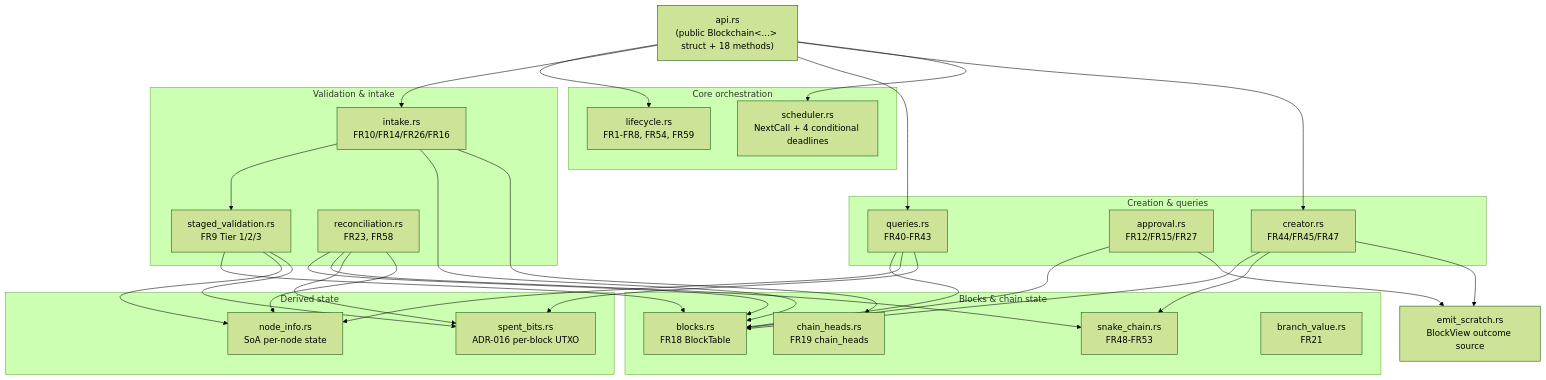
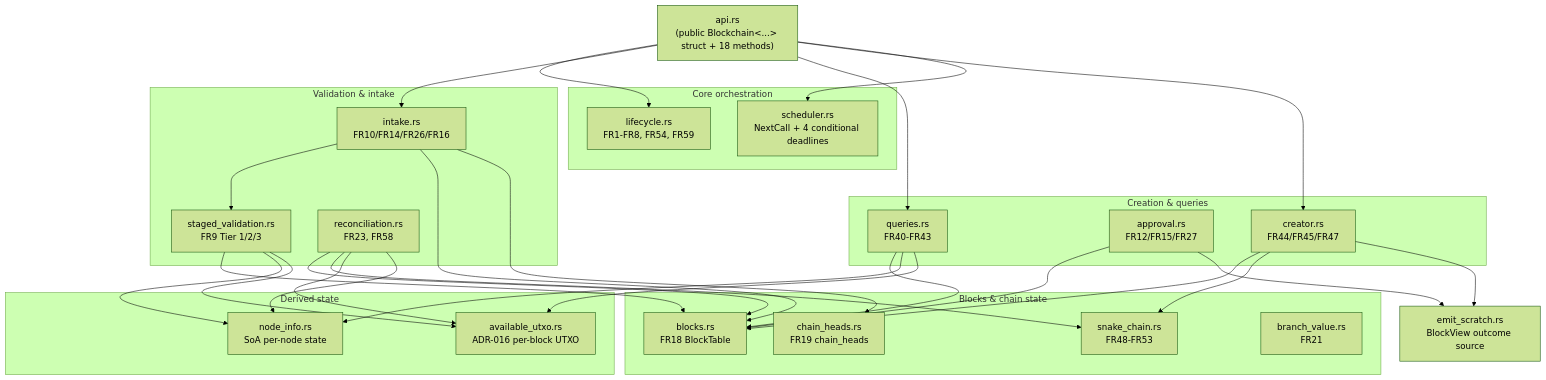
Before and after one commit to petersallai/moonblokz-info: the third of 3 diagrams in moonblokz-blockchain-architecture.md, drawn with Mermaid (forest theme). The commit also changed other lines of this file and 14 other files, not shown here.

First line of the commit message:
Record Story 6.11: available-UTXO bitfield and Tier-1 UTXO-output cap

````diff
--- a/moonblokz-blockchain-architecture.md
+++ b/moonblokz-blockchain-architecture.md
@@ -489,59 +489,59 @@
 ```mermaid
 graph TB
     PublicAPI["api.rs<br/>(public Blockchain&lt;...&gt; struct + 18 methods)"]
 
     subgraph CoreOrch["Core orchestration"]
         Lifecycle["lifecycle.rs<br/>FR1-FR8, FR54, FR59"]
         Scheduler["scheduler.rs<br/>NextCall + 4 conditional deadlines"]
     end
 
     subgraph BlocksAndChain["Blocks & chain state"]
         Blocks["blocks.rs<br/>FR18 BlockTable"]
         ChainHeads["chain_heads.rs<br/>FR19 chain_heads"]
         SnakeChain["snake_chain.rs<br/>FR48-FR53"]
         BranchValue["branch_value.rs<br/>FR21"]
     end
 
     subgraph Validation["Validation & intake"]
         Intake["intake.rs<br/>FR10/FR14/FR26/FR16"]
         StagedValidation["staged_validation.rs<br/>FR9 Tier 1/2/3"]
         Reconciliation["reconciliation.rs<br/>FR23, FR58"]
     end
 
     subgraph DerivedState["Derived state"]
         NodeInfo["node_info.rs<br/>SoA per-node state"]
-        SpentBits["spent_bits.rs<br/>ADR-016 per-block UTXO"]
+        AvailableUtxo["available_utxo.rs<br/>ADR-016 per-block UTXO"]
     end
 
     subgraph CreationQueries["Creation & queries"]
         Creator["creator.rs<br/>FR44/FR45/FR47"]
         Approval["approval.rs<br/>FR12/FR15/FR27"]
         Queries["queries.rs<br/>FR40-FR43"]
     end
 
     EmitScratch["emit_scratch.rs<br/>BlockView outcome source"]
 
     PublicAPI --> Lifecycle
     PublicAPI --> Intake
     PublicAPI --> Queries
     PublicAPI --> Creator
     PublicAPI --> Scheduler
     Intake --> StagedValidation
     Intake --> Blocks
     Intake --> ChainHeads
     StagedValidation --> Blocks
     StagedValidation --> NodeInfo
-    StagedValidation --> SpentBits
+    StagedValidation --> AvailableUtxo
     Reconciliation --> Blocks
     Reconciliation --> SnakeChain
-    Reconciliation --> SpentBits
+    Reconciliation --> AvailableUtxo
     Reconciliation --> NodeInfo
     Creator --> Blocks
     Creator --> SnakeChain
     Creator --> EmitScratch
     Approval --> Blocks
     Approval --> EmitScratch
     Queries --> Blocks
     Queries --> NodeInfo
-    Queries --> SpentBits
+    Queries --> AvailableUtxo
 ```
````
